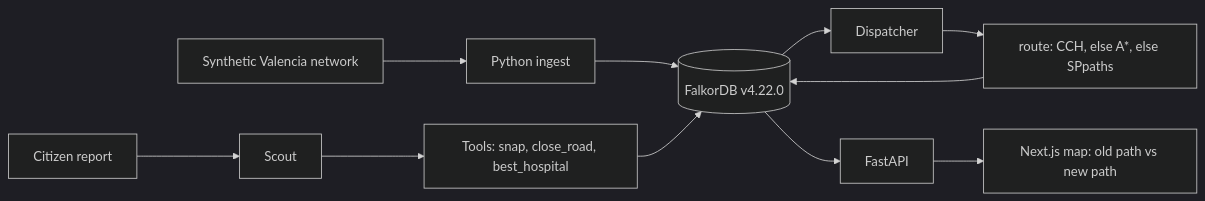
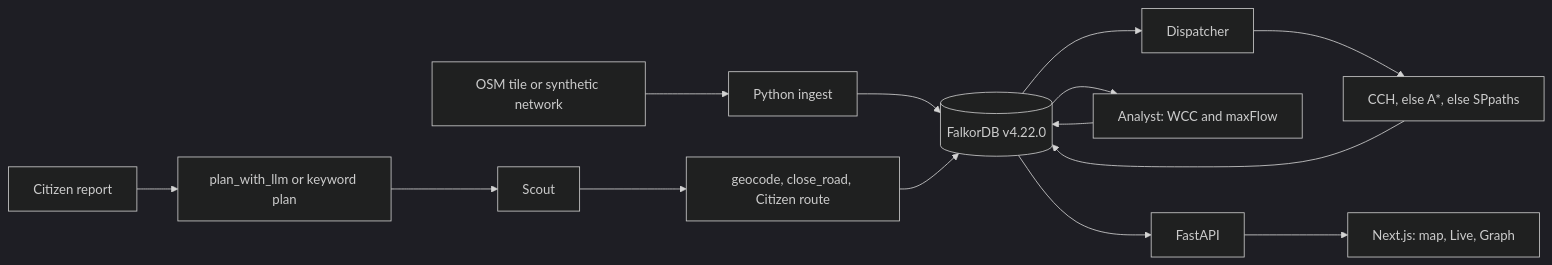
The first of 2 diagrams in README.md (zaprillcom-cpu/Floodline), drawn with Mermaid (dark theme) before and after one commit. The commit also changed other lines of this file and 27 other files, not shown here.

First line of the commit message:
Route citizens in FalkorDB and run all three agents on any tile. (#27)

````diff
--- a/README.md
+++ b/README.md
@@ -167,13 +172,16 @@
 ```mermaid
 flowchart LR
-  NET["Synthetic Valencia network"] --> ING["Python ingest"]
+  NET["OSM tile or synthetic network"] --> ING["Python ingest"]
   ING --> FDB[("FalkorDB v4.22.0")]
-  REPORT["Citizen report"] --> SCOUT["Scout"]
-  SCOUT --> TOOLS["Tools: snap, close_road, best_hospital"]
+  REPORT["Citizen report"] --> PLAN["plan_with_llm or keyword plan"]
+  PLAN --> SCOUT["Scout"]
+  SCOUT --> TOOLS["geocode, close_road, Citizen route"]
   TOOLS --> FDB
   FDB --> DISP["Dispatcher"]
-  DISP --> ROUTE["route: CCH, else A*, else SPpaths"]
+  DISP --> ROUTE["CCH, else A*, else SPpaths"]
   ROUTE --> FDB
+  FDB --> ANA["Analyst: WCC and maxFlow"]
+  ANA --> FDB
   FDB --> API["FastAPI"]
-  API --> UI["Next.js map: old path vs new path"]
+  API --> UI["Next.js: map, Live, Graph"]
 ```
````
